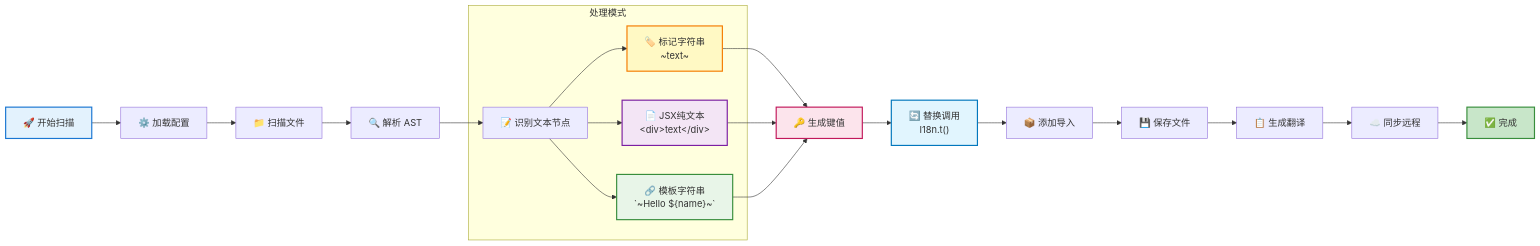
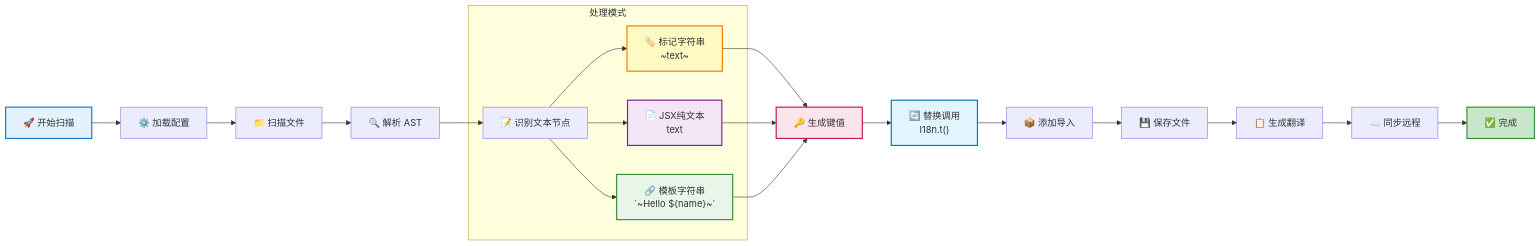
The third of 3 diagrams in README.md (947776795/i18n-google), drawn with Mermaid before and after one commit. The commit also changed other lines of this file, not shown here.

````diff
--- a/README.md
+++ b/README.md
@@ -216,34 +408,34 @@
 ```mermaid
 flowchart LR
     A["🚀 开始扫描"] --> B["⚙️ 加载配置"]
     B --> C["📁 扫描文件"]
     C --> D["🔍 解析 AST"]
 
     D --> E["📝 识别文本节点"]
 
     subgraph "处理模式"
         E --> F1["🏷️ 标记字符串<br/>~text~"]
-        E --> F2["📄 JSX纯文本<br/>&lt;div&gt;text&lt;/div&gt;"]
+        E --> F2["📄 JSX纯文本<br/><div>text</div>"]
         E --> F3["🔗 模板字符串<br/>`~Hello ${name}~`"]
     end
 
     F1 --> G["🔑 生成键值"]
     F2 --> G
     F3 --> G
 
     G --> H["🔄 替换调用<br/>I18n.t()"]
     H --> I["📦 添加导入"]
     I --> J["💾 保存文件"]
 
     J --> K["📋 生成翻译"]
     K --> L["☁️ 同步远程"]
     L --> M["✅ 完成"]
 
     style A fill:#e3f2fd,stroke:#1976d2,stroke-width:2px
     style M fill:#c8e6c9,stroke:#388e3c,stroke-width:2px
     style F1 fill:#fff9c4,stroke:#f57c00,stroke-width:2px
     style F2 fill:#f3e5f5,stroke:#7b1fa2,stroke-width:2px
     style F3 fill:#e8f5e8,stroke:#388e3c,stroke-width:2px
     style G fill:#fce4ec,stroke:#c2185b,stroke-width:2px
     style H fill:#e1f5fe,stroke:#0277bd,stroke-width:2px
 ```
````
